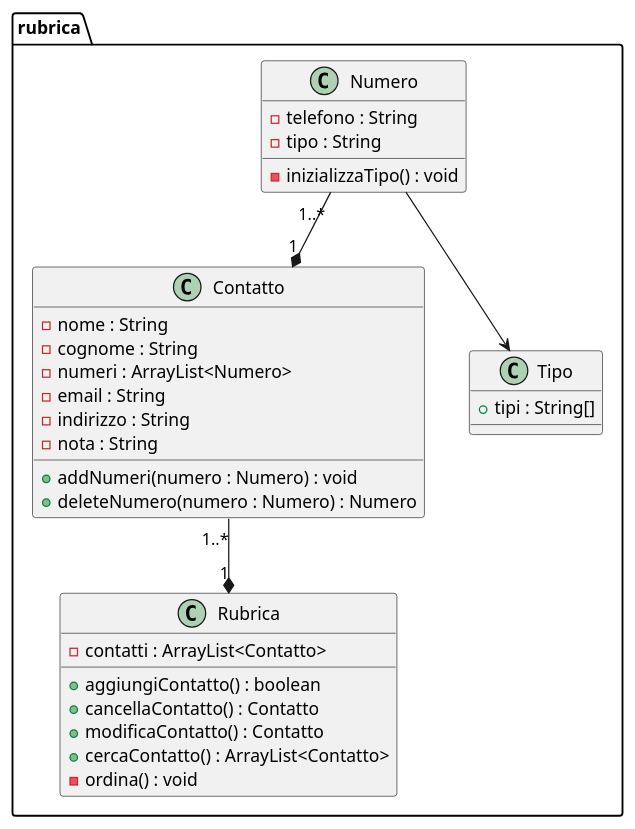
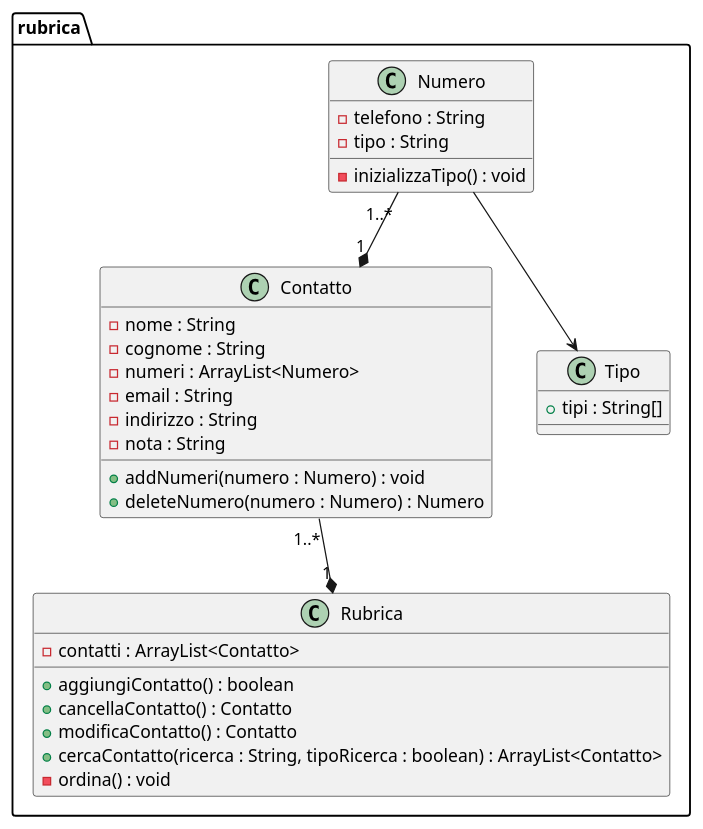
The diagram in Rubrica/src/Progettazione/CD.puml (Mazzo-007/TPSI-INFO), drawn with PlantUML before and after one commit. The commit also changed 2 other files, not shown here.

```diff
--- a/Rubrica/src/Progettazione/CD.puml
+++ b/Rubrica/src/Progettazione/CD.puml
@@ -1,36 +1,36 @@
 @startuml
 package rubrica {
     class Rubrica {
         - contatti : ArrayList<Contatto>
 
         + aggiungiContatto() : boolean
         + cancellaContatto() : Contatto
         + modificaContatto() : Contatto
-        + cercaContatto() : ArrayList<Contatto>
+        + cercaContatto(ricerca : String, tipoRicerca : boolean) : ArrayList<Contatto>
         - ordina() : void
     }
     class Contatto {
         - nome : String
         - cognome : String
         - numeri : ArrayList<Numero>
         - email : String
         - indirizzo : String
         - nota : String
 
         + addNumeri(numero : Numero) : void
         + deleteNumero(numero : Numero) : Numero
     }
     class Numero {
         - telefono : String
         - tipo : String
 
         - inizializzaTipo() : void
     }
     class Tipo {
         + tipi : String[]
     }
 }
 Numero --> Tipo
 Numero "1..*" --* "1" Contatto
 Contatto "1..*" --* "1" Rubrica
 @enduml
```
